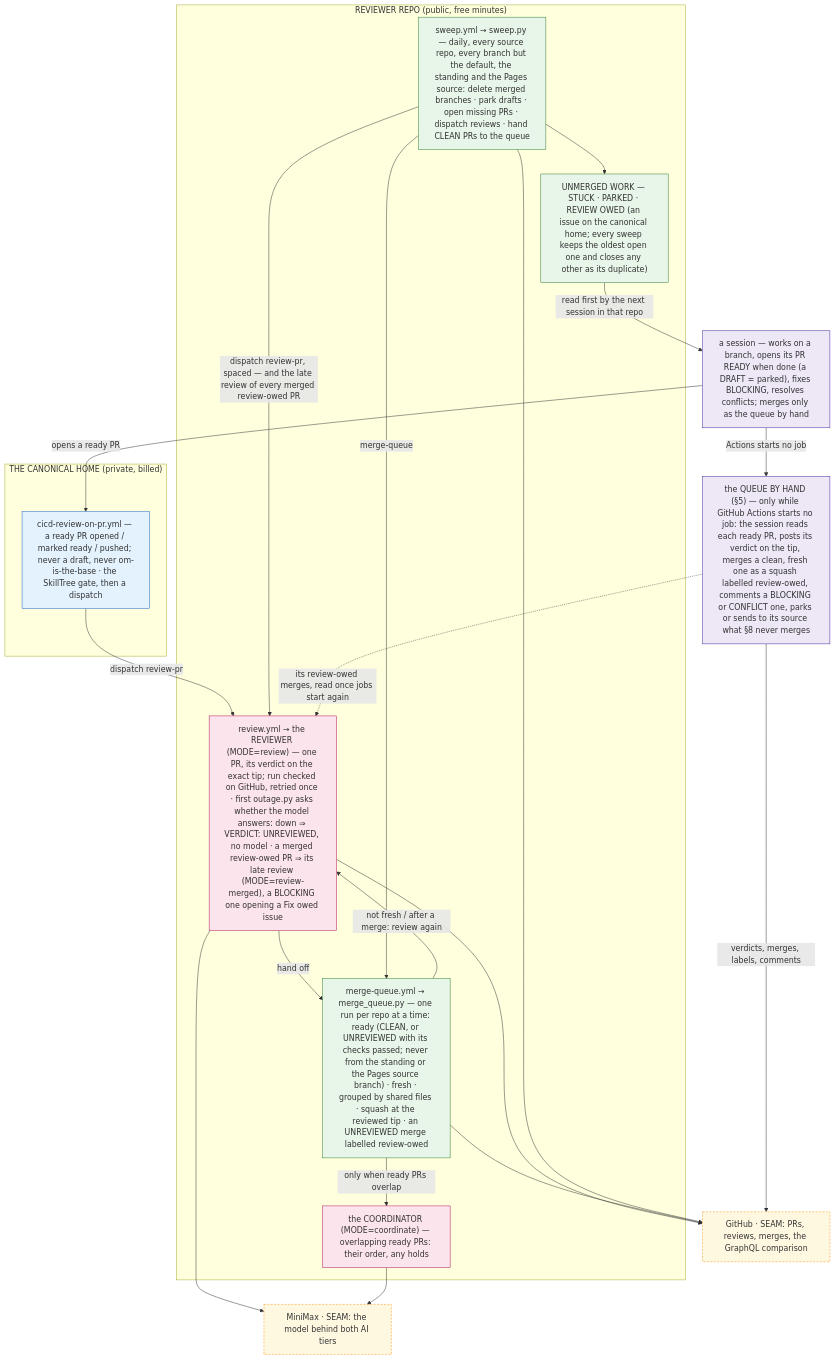
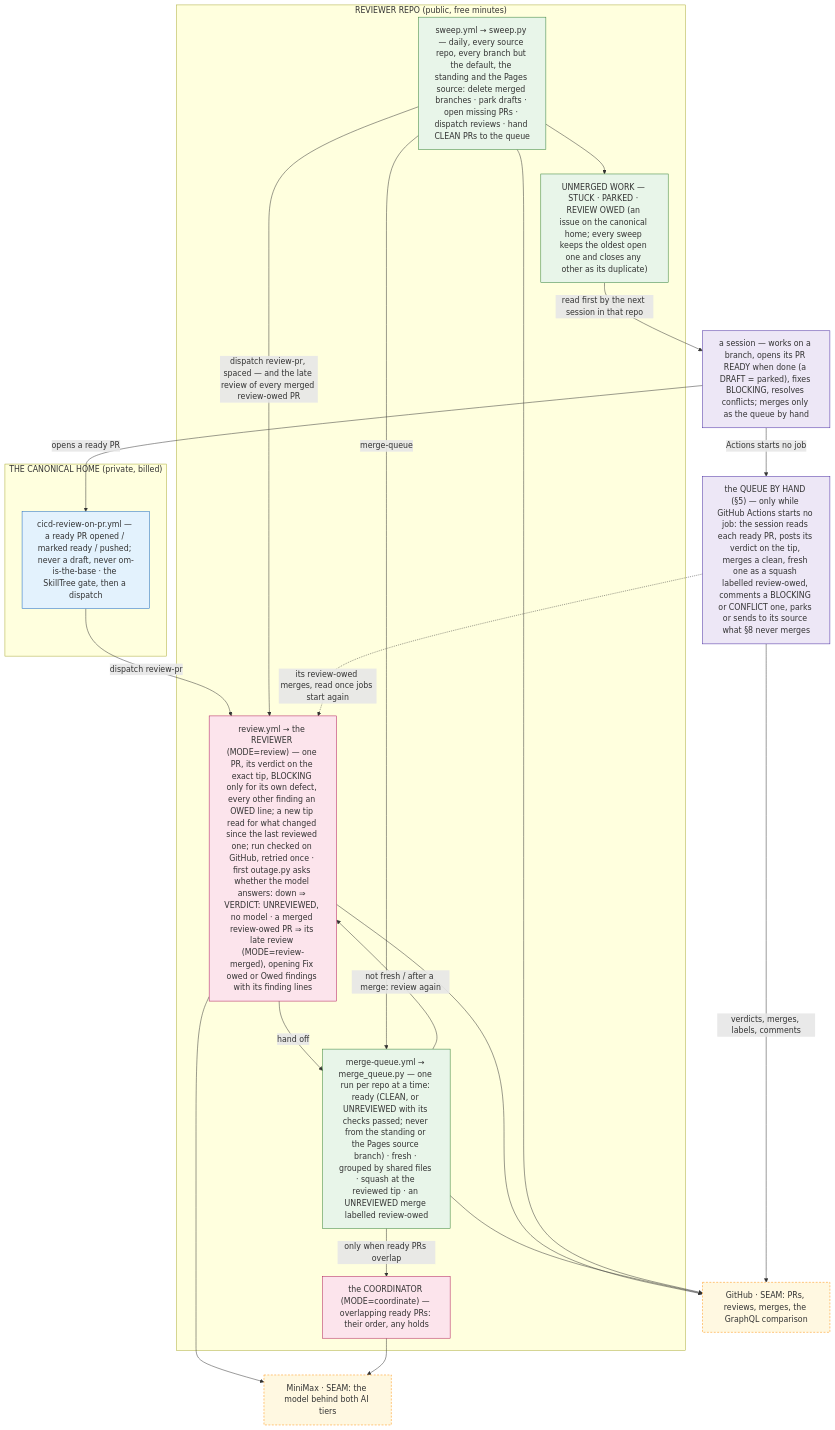
Before and after one commit to sancovp/cicd-reviewer: the diagram in .claude/rules/21-architecture-diagrams.md, drawn with Mermaid. The commit also changed other lines of this file and 24 other files, not shown here.

````diff
--- a/.claude/rules/21-architecture-diagrams.md
+++ b/.claude/rules/21-architecture-diagrams.md
@@ -10,41 +10,41 @@
 ```mermaid
 flowchart TB
   classDef session fill:#ede7f6,stroke:#4527a0;
   classDef trig fill:#e3f2fd,stroke:#1565c0;
   classDef ai fill:#fce4ec,stroke:#ad1457;
   classDef det fill:#e8f5e9,stroke:#2e7d32;
   classDef dep fill:#fff8e1,stroke:#ff8f00,stroke-dasharray:4 3;
 
   SESSION["a session — works on a branch, opens its PR READY when done (a DRAFT = parked), fixes BLOCKING, resolves conflicts; merges only as the queue by hand"]:::session
   BYHAND["the QUEUE BY HAND (§5) — only while GitHub Actions starts no job: the session reads each ready PR, posts its verdict on the tip, merges a clean, fresh one as a squash labelled review-owed, comments a BLOCKING or CONFLICT one, parks or sends to its source what §8 never merges"]:::session
   subgraph HOME["THE CANONICAL HOME (private, billed)"]
     TRIG["cicd-review-on-pr.yml — a ready PR opened / marked ready / pushed; never a draft, never om-is-the-base · the SkillTree gate, then a dispatch"]:::trig
   end
   subgraph REV["REVIEWER REPO (public, free minutes)"]
-    REVIEW["review.yml → the REVIEWER (MODE=review) — one PR, its verdict on the exact tip; run checked on GitHub, retried once · first outage.py asks whether the model answers: down ⇒ VERDICT: UNREVIEWED, no model · a merged review-owed PR ⇒ its late review (MODE=review-merged), a BLOCKING one opening a Fix owed issue"]:::ai
+    REVIEW["review.yml → the REVIEWER (MODE=review) — one PR, its verdict on the exact tip, BLOCKING only for its own defect, every other finding an OWED line; a new tip read for what changed since the last reviewed one; run checked on GitHub, retried once · first outage.py asks whether the model answers: down ⇒ VERDICT: UNREVIEWED, no model · a merged review-owed PR ⇒ its late review (MODE=review-merged), opening Fix owed or Owed findings with its finding lines"]:::ai
     QUEUE["merge-queue.yml → merge_queue.py — one run per repo at a time: ready (CLEAN, or UNREVIEWED with its checks passed; never from the standing or the Pages source branch) · fresh · grouped by shared files · squash at the reviewed tip · an UNREVIEWED merge labelled review-owed"]:::det
     COORD["the COORDINATOR (MODE=coordinate) — overlapping ready PRs: their order, any holds"]:::ai
     SWEEP["sweep.yml → sweep.py — daily, every source repo, every branch but the default, the standing and the Pages source: delete merged branches · park drafts · open missing PRs · dispatch reviews · hand CLEAN PRs to the queue"]:::det
     ISSUE["UNMERGED WORK — STUCK · PARKED · REVIEW OWED (an issue on the canonical home; every sweep keeps the oldest open one and closes any other as its duplicate)"]:::det
   end
   GH["GitHub · SEAM: PRs, reviews, merges, the GraphQL comparison"]:::dep
   MODEL["MiniMax · SEAM: the model behind both AI tiers"]:::dep
 
   SESSION -->|"opens a ready PR"| TRIG
   TRIG -->|"dispatch review-pr"| REVIEW
   REVIEW -->|"hand off"| QUEUE
   QUEUE -->|"only when ready PRs overlap"| COORD
   QUEUE -->|"not fresh / after a merge: review again"| REVIEW
   SWEEP -->|"dispatch review-pr, spaced — and the late review of every merged review-owed PR"| REVIEW
   SWEEP -->|"merge-queue"| QUEUE
   SWEEP --> ISSUE
   ISSUE -->|"read first by the next session in that repo"| SESSION
   REVIEW --> GH
   QUEUE --> GH
   SWEEP --> GH
   REVIEW --> MODEL
   COORD --> MODEL
   SESSION -->|"Actions starts no job"| BYHAND
   BYHAND -->|"verdicts, merges, labels, comments"| GH
   BYHAND -.->|"its review-owed merges, read once jobs start again"| REVIEW
 ```
````
